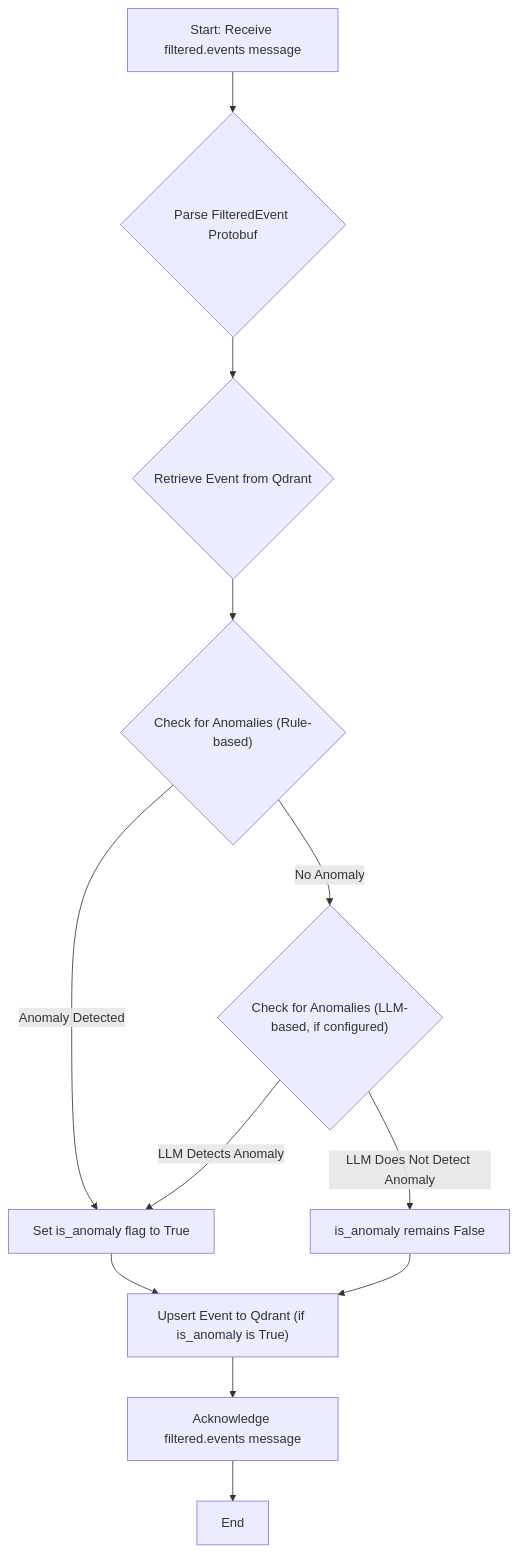
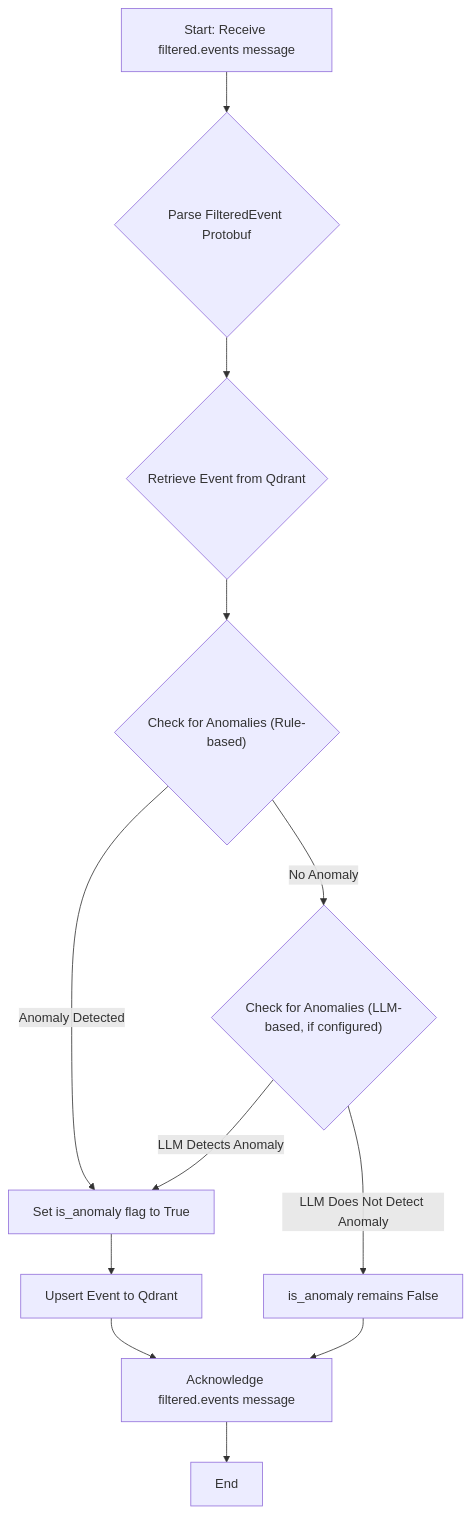
One commit to gsantopaolo/sentinel-AI changed the second of 2 diagrams in docs/inspector.md. Above: the diagram before and after it, drawn with Mermaid. The commit also changed other lines of this file and 8 other files, not shown here.

````diff
--- a/docs/inspector.md
+++ b/docs/inspector.md
@@ -114,14 +112,14 @@
 ```mermaid
 flowchart TD
     A["Start: Receive filtered.events message"] --> B{"Parse FilteredEvent Protobuf"}
     B --> C{"Retrieve Event from Qdrant"}
     C --> D{"Check for Anomalies (Rule-based)"}
     D -->|Anomaly Detected| E["Set is_anomaly flag to True"]
     D -->|No Anomaly| F{"Check for Anomalies (LLM-based, if configured)"}
     F -->|LLM Detects Anomaly| E
     F -->|LLM Does Not Detect Anomaly| G["is_anomaly remains False"]
-    E --> H["Upsert Event to Qdrant (if is_anomaly is True)"]
-    G --> H
-    H --> I["Acknowledge filtered.events message"]
+    E --> H["Upsert Event to Qdrant"]
+    G --> I["Acknowledge filtered.events message"]
+    H --> I
     I --> J["End"]
 ```
````
